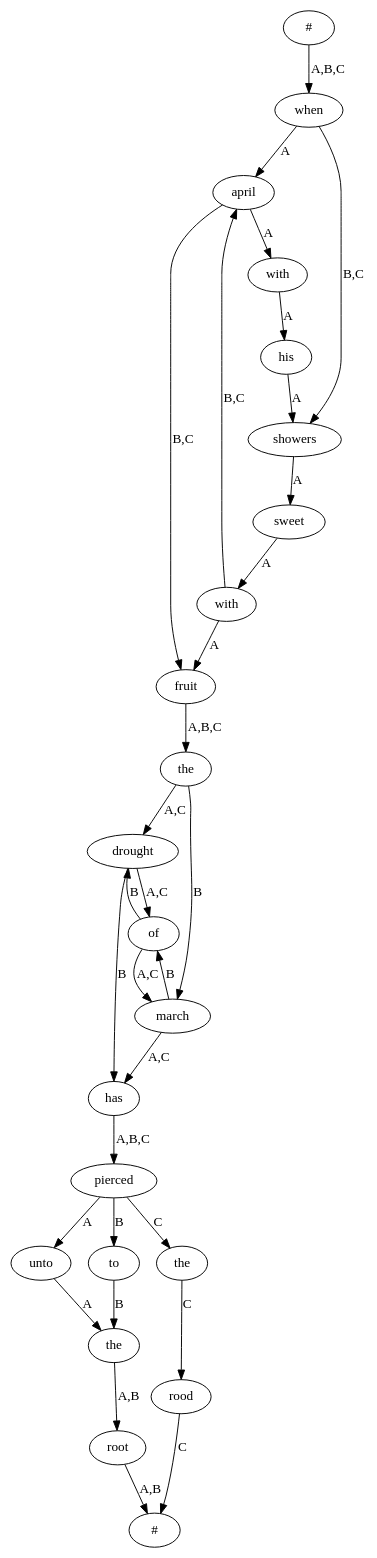
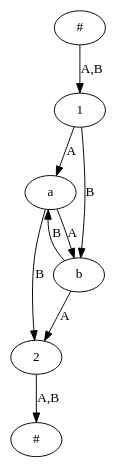
Before and after one commit to interedition/collatex: the diagram in collatex-web/src/main/ruby/input.dot, drawn with Graphviz. The commit also changed 1 other file, not shown here.

```diff
--- a/collatex-web/src/main/ruby/input.dot
+++ b/collatex-web/src/main/ruby/input.dot
@@ -1,54 +1,16 @@
 digraph G {
-  20 [label = "#"];
-  21 [label = "#"];
-  22 [label = "when"];
-  23 [label = "april"];
-  24 [label = "with"];
-  25 [label = "his"];
-  26 [label = "showers"];
-  27 [label = "sweet"];
-  28 [label = "with"];
-  29 [label = "fruit"];
-  30 [label = "the"];
-  31 [label = "drought"];
-  32 [label = "of"];
-  33 [label = "march"];
-  34 [label = "has"];
-  35 [label = "pierced"];
-  36 [label = "unto"];
-  37 [label = "the"];
-  38 [label = "root"];
-  39 [label = "to"];
-  40 [label = "the"];
-  41 [label = "rood"];
-  20 -> 22 [label = "A,B,C"];
-  22 -> 23 [label = "A"];
-  23 -> 24 [label = "A"];
-  24 -> 25 [label = "A"];
-  25 -> 26 [label = "A"];
-  26 -> 27 [label = "A"];
-  27 -> 28 [label = "A"];
-  28 -> 29 [label = "A"];
-  29 -> 30 [label = "A,B,C"];
-  30 -> 31 [label = "A,C"];
-  31 -> 32 [label = "A,C"];
-  32 -> 33 [label = "A,C"];
-  33 -> 34 [label = "A,C"];
-  34 -> 35 [label = "A,B,C"];
-  35 -> 36 [label = "A"];
-  36 -> 37 [label = "A"];
-  37 -> 38 [label = "A,B"];
-  38 -> 21 [label = "A,B"];
-  35 -> 39 [label = "B"];
-  39 -> 37 [label = "B"];
-  35 -> 40 [label = "C"];
-  40 -> 41 [label = "C"];
-  41 -> 21 [label = "C"];
-  32 -> 31 [label = "B"];
-  31 -> 34 [label = "B"];
-  30 -> 33 [label = "B"];
-  33 -> 32 [label = "B"];
-  22 -> 26 [label = "B,C"];
-  28 -> 23 [label = "B,C"];
-  23 -> 29 [label = "B,C"];
+  52 [label = "#"];
+  53 [label = "#"];
+  54 [label = "1"];
+  55 [label = "a"];
+  56 [label = "b"];
+  57 [label = "2"];
+  52 -> 54 [label = "A,B"];
+  54 -> 55 [label = "A"];
+  55 -> 56 [label = "A"];
+  56 -> 57 [label = "A"];
+  57 -> 53 [label = "A,B"];
+  54 -> 56 [label = "B"];
+  56 -> 55 [label = "B"];
+  55 -> 57 [label = "B"];
 }
```
